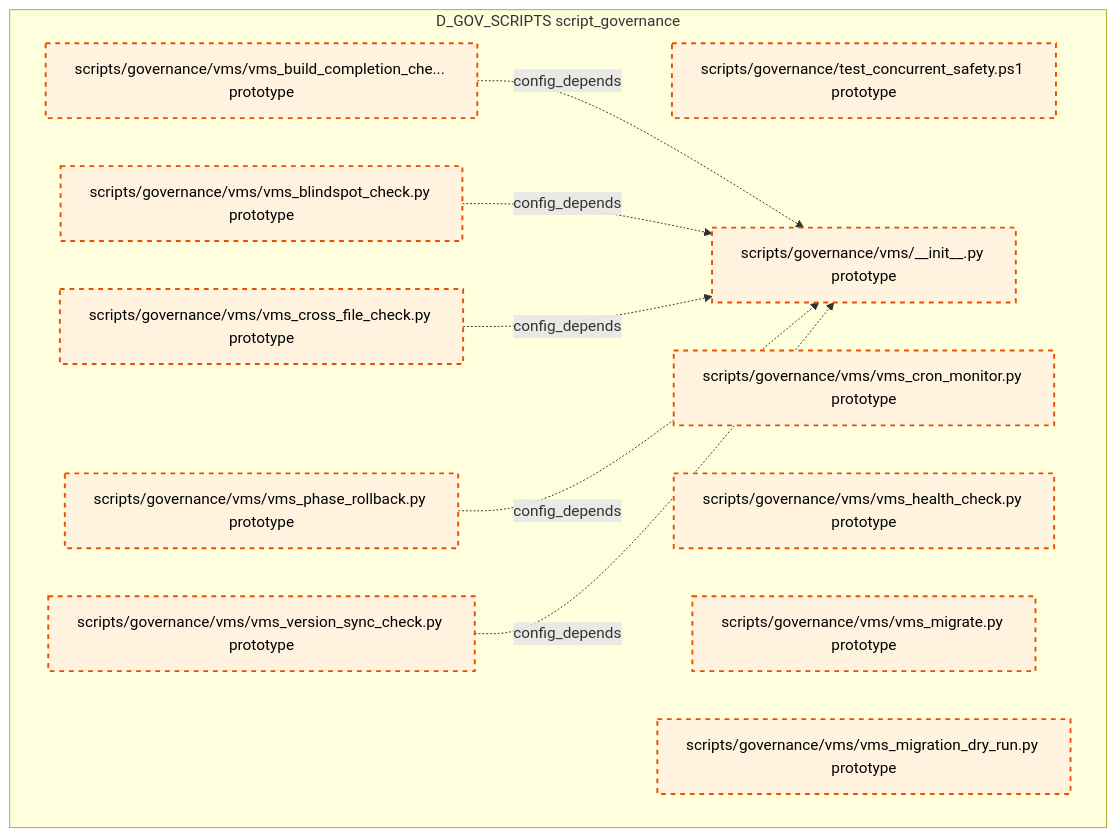
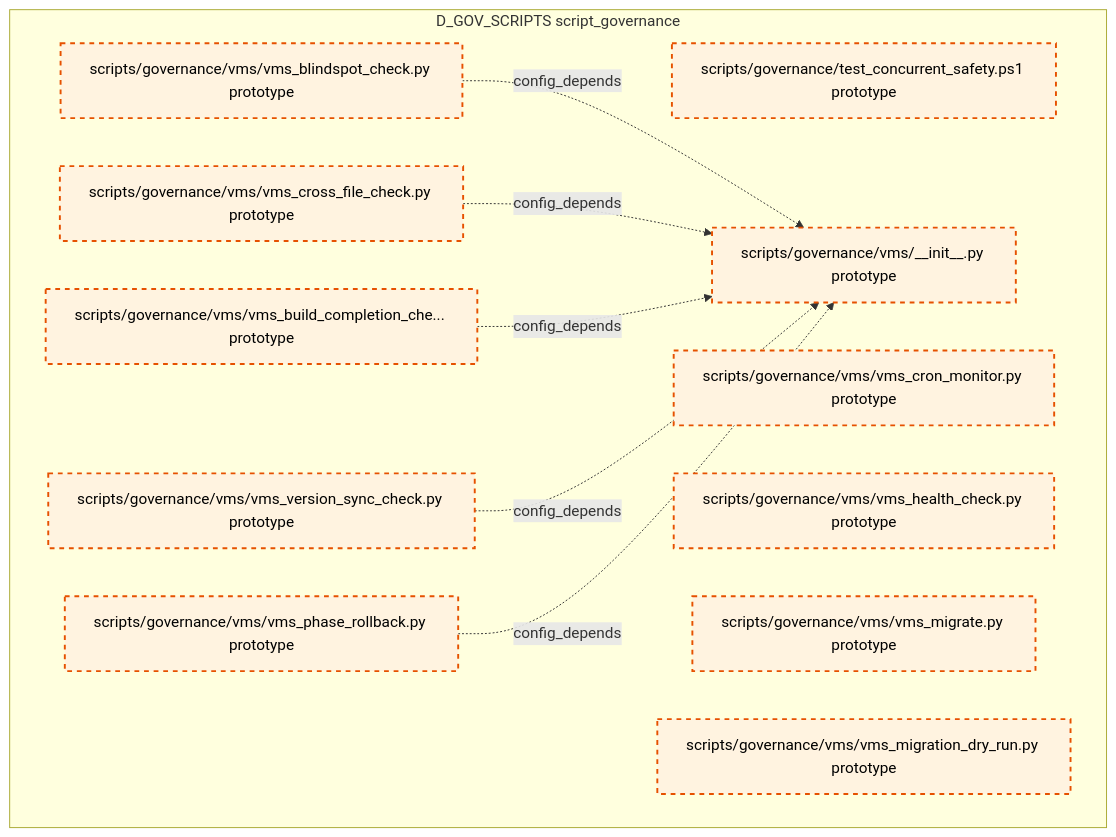
Diagram 15 of 15 in docs/02_enterprise_architecture/02_domain_architecture_docs/36_d_gov_scripts.md (xuanFelixVan/ZephyrAlpha), drawn with Mermaid before and after one commit. The commit also changed other lines of this file and 99 other files, not shown here.

````diff
--- a/docs/02_enterprise_architecture/02_domain_architecture_docs/36_d_gov_scripts.md
+++ b/docs/02_enterprise_architecture/02_domain_architecture_docs/36_d_gov_scripts.md
@@ -1014,26 +1015,26 @@
 ```mermaid
 graph TD
     subgraph D_GOV_SCRIPTS["D_GOV_SCRIPTS script_governance"]
         scripts_governance_test_concurrent_safety_ps1["scripts/governance/test_concurrent_safety.ps1 prototype"]
         scripts_governance_vms_init_py["scripts/governance/vms/__init__.py prototype"]
         scripts_governance_vms_vms_blindspot_check_py["scripts/governance/vms/vms_blindspot_check.py prototype"]
         scripts_governance_vms_vms_build_completion_check_py["scripts/governance/vms/vms_build_completion_che... prototype"]
         scripts_governance_vms_vms_cron_monitor_py["scripts/governance/vms/vms_cron_monitor.py prototype"]
         scripts_governance_vms_vms_cross_file_check_py["scripts/governance/vms/vms_cross_file_check.py prototype"]
         scripts_governance_vms_vms_health_check_py["scripts/governance/vms/vms_health_check.py prototype"]
         scripts_governance_vms_vms_migrate_py["scripts/governance/vms/vms_migrate.py prototype"]
         scripts_governance_vms_vms_migration_dry_run_py["scripts/governance/vms/vms_migration_dry_run.py prototype"]
         scripts_governance_vms_vms_phase_rollback_py["scripts/governance/vms/vms_phase_rollback.py prototype"]
         scripts_governance_vms_vms_version_sync_check_py["scripts/governance/vms/vms_version_sync_check.py prototype"]
     end
-    scripts_governance_vms_vms_build_completion_check_py -.->|config_depends| scripts_governance_vms_init_py
     scripts_governance_vms_vms_blindspot_check_py -.->|config_depends| scripts_governance_vms_init_py
     scripts_governance_vms_vms_cross_file_check_py -.->|config_depends| scripts_governance_vms_init_py
+    scripts_governance_vms_vms_build_completion_check_py -.->|config_depends| scripts_governance_vms_init_py
+    scripts_governance_vms_vms_version_sync_check_py -.->|config_depends| scripts_governance_vms_init_py
     scripts_governance_vms_vms_phase_rollback_py -.->|config_depends| scripts_governance_vms_init_py
-    scripts_governance_vms_vms_version_sync_check_py -.->|config_depends| scripts_governance_vms_init_py
     classDef production fill:#e1f5fe,stroke:#01579b,stroke-width:2px,color:#000
     classDef design fill:#fff3e0,stroke:#e65100,stroke-width:2px,color:#000,stroke-dasharray: 5 5
     classDef external_prod fill:#e8f5e9,stroke:#1b5e20,stroke-width:1px,color:#000
     classDef external_design fill:#fce4ec,stroke:#880e4f,stroke-width:1px,color:#000,stroke-dasharray: 5 5
     class scripts_governance_test_concurrent_safety_ps1,scripts_governance_vms_init_py,scripts_governance_vms_vms_blindspot_check_py,scripts_governance_vms_vms_build_completion_check_py,scripts_governance_vms_vms_cron_monitor_py,scripts_governance_vms_vms_cross_file_check_py,scripts_governance_vms_vms_health_check_py,scripts_governance_vms_vms_migrate_py,scripts_governance_vms_vms_migration_dry_run_py,scripts_governance_vms_vms_phase_rollback_py,scripts_governance_vms_vms_version_sync_check_py design
 ```
````
